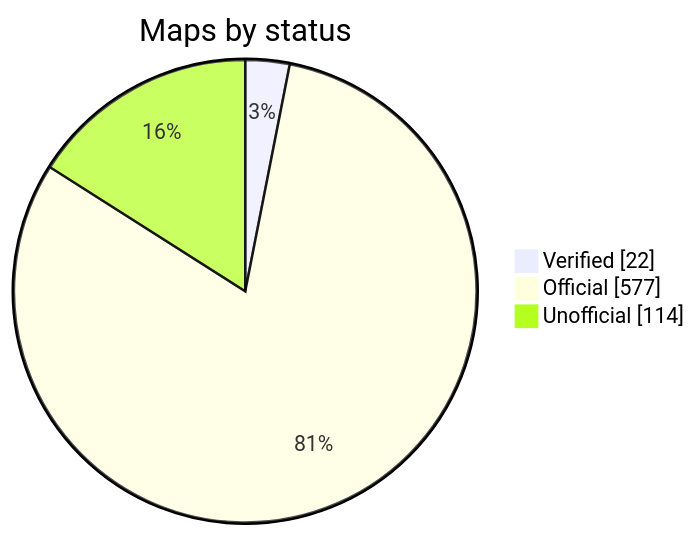
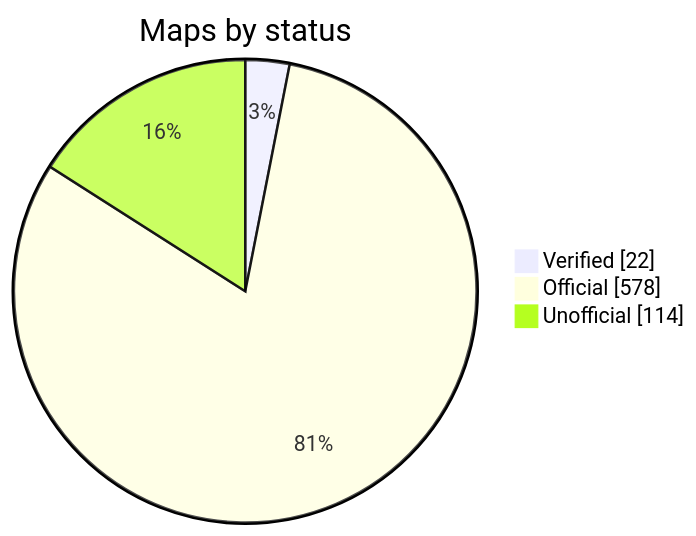
Before and after one commit to nobrega8/mbmap-library: the diagram in README.md, drawn with Mermaid. The commit also changed 6 other files, not shown here.

````diff
--- a/README.md
+++ b/README.md
@@ -52,7 +52,7 @@
 ```mermaid
 pie showData
     title Maps by status
     "Verified" : 22
-    "Official" : 577
+    "Official" : 578
     "Unofficial" : 114
 ```
````
